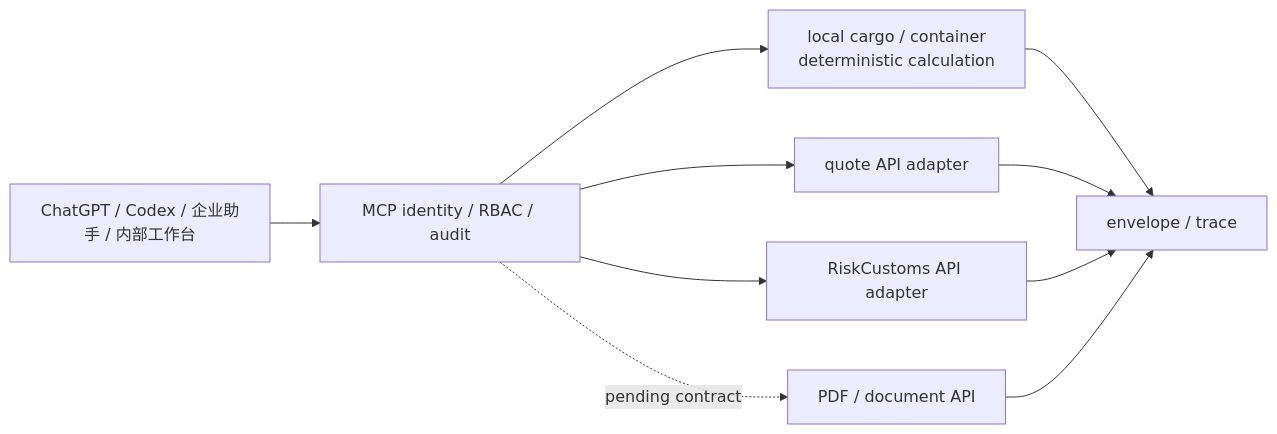
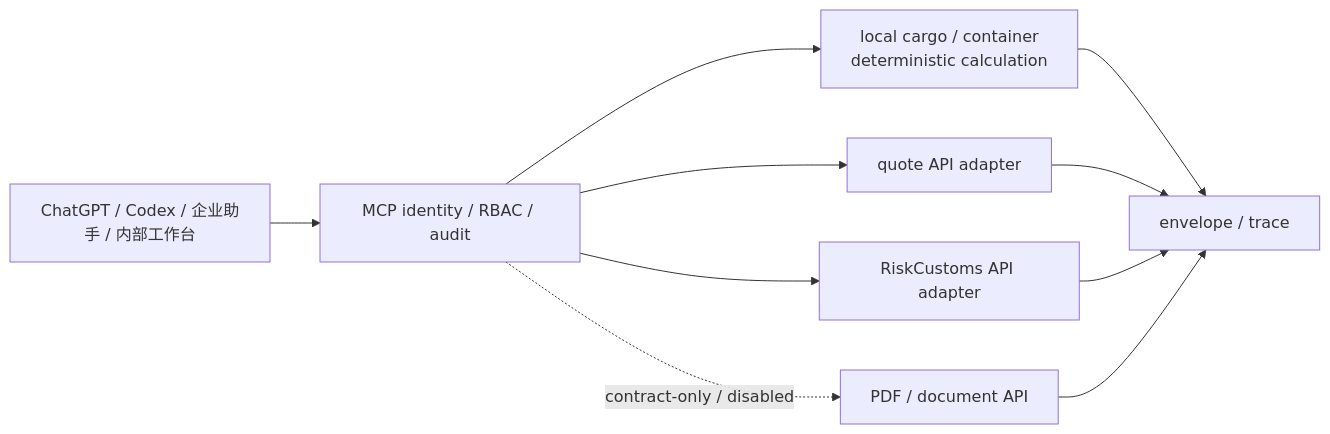
One commit to zqj372-ops/cross-border-logistics-mcp changed the diagram in docs/product/2026-08-11-cross-border-logistics-mcp-product-implementation.md. Above: the diagram before and after it, drawn with Mermaid. The commit also changed other lines of this file and 10 other files, not shown here.

````diff
--- a/docs/product/2026-08-11-cross-border-logistics-mcp-product-implementation.md
+++ b/docs/product/2026-08-11-cross-border-logistics-mcp-product-implementation.md
@@ -19,12 +19,12 @@
 ```mermaid
 flowchart LR
   C["ChatGPT / Codex / 企业助手 / 内部工作台"] --> I["MCP identity / RBAC / audit"]
   I --> L["local cargo / container\ndeterministic calculation"]
   I --> Q["quote API adapter"]
   I --> R["RiskCustoms API adapter"]
-  I -. "pending contract" .-> P["PDF / document API"]
+  I -. "contract-only / disabled" .-> P["PDF / document API"]
   L --> E["envelope / trace"]
   Q --> E
   R --> E
   P --> E
 ```
````
